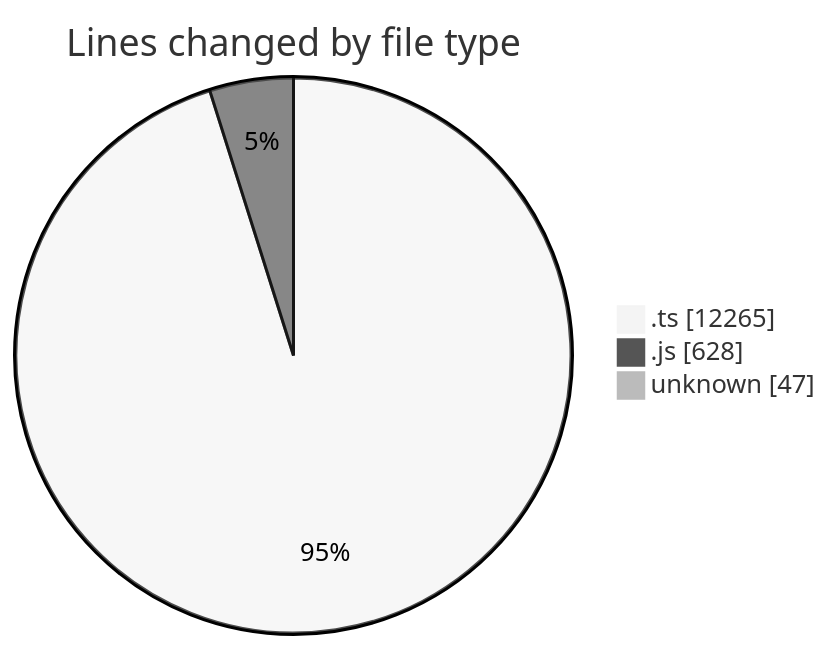
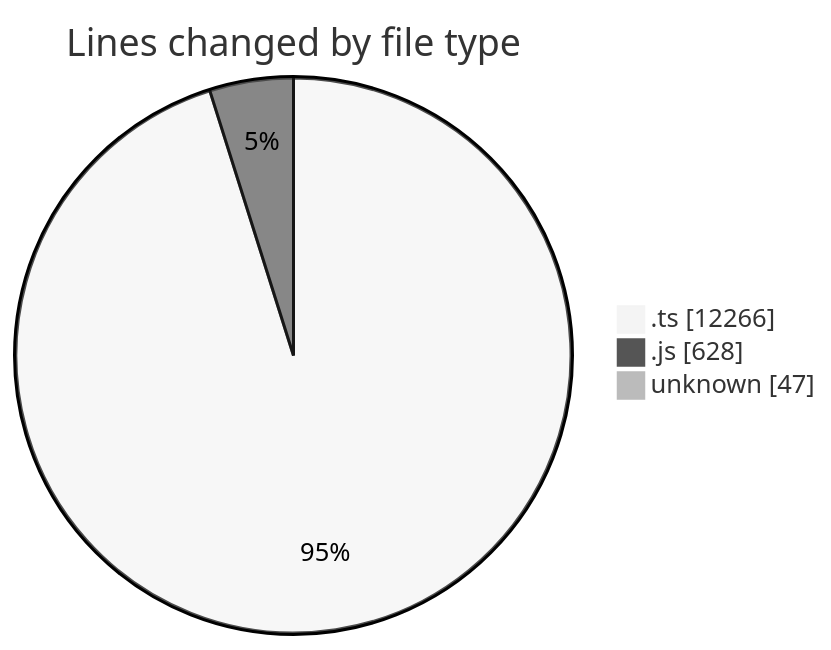
The first of 2 diagrams in 2025-09-05/cda/README.md (momahboobian/code-tracking), drawn with Mermaid (neutral theme) before and after one commit. The commit also changed other lines of this file and 1 other file, not shown here.

````diff
--- a/2025-09-05/cda/README.md
+++ b/2025-09-05/cda/README.md
@@ -25,7 +25,7 @@
 ```mermaid
 pie showData
 title Lines changed by file type
-".ts" : 12265
+".ts" : 12266
 ".js" : 628
 "unknown" : 47
 ```
````
